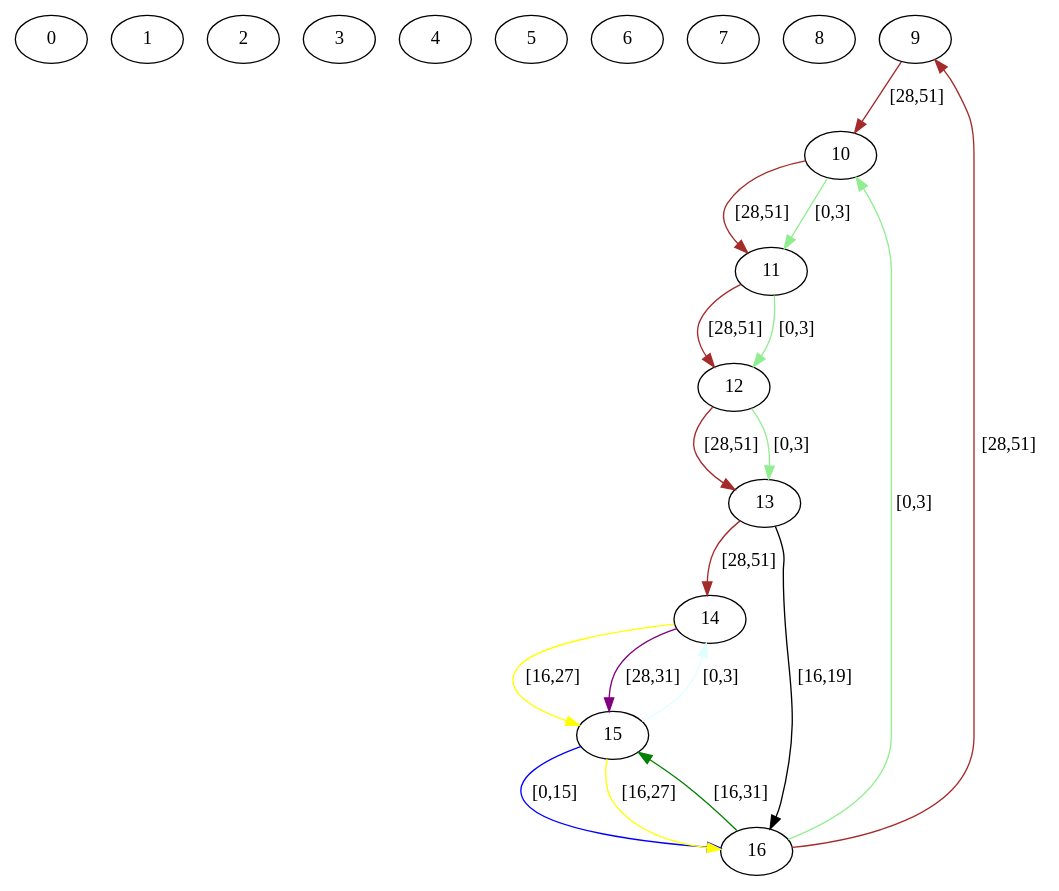
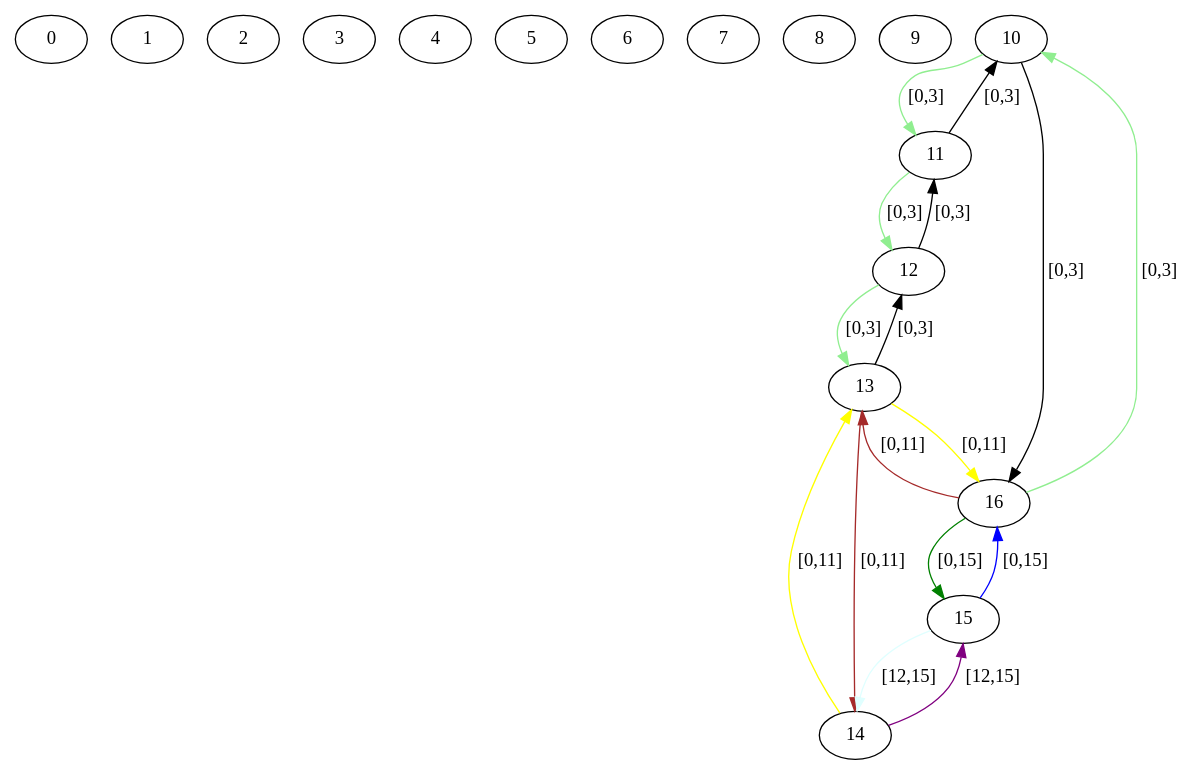
The diagram in src/assignedGraphs/assigned.dot (Hebbe1234/ExpectAll), drawn with Graphviz before and after one commit. The commit also changed 4 other files, not shown here.

```diff
--- a/src/assignedGraphs/assigned.dot
+++ b/src/assignedGraphs/assigned.dot
@@ -1,36 +1,35 @@
 digraph  {
 0 [label=0];
 1 [label=1];
 2 [label=2];
 3 [label=3];
 4 [label=4];
 5 [label=5];
 6 [label=6];
 7 [label=7];
 8 [label=8];
 9 [label=9];
 10 [label=10];
 11 [label=11];
 12 [label=12];
 13 [label=13];
 14 [label=14];
 15 [label=15];
 16 [label=16];
-9 -> 10  [color=brown, key=0, label="[28,51]"];
-10 -> 11  [color=brown, key=0, label="[28,51]"];
-10 -> 11  [color=lightgreen, key=1, label="[0,3]"];
-11 -> 12  [color=brown, key=0, label="[28,51]"];
-11 -> 12  [color=lightgreen, key=1, label="[0,3]"];
-12 -> 13  [color=brown, key=0, label="[28,51]"];
-12 -> 13  [color=lightgreen, key=1, label="[0,3]"];
-13 -> 14  [color=brown, key=0, label="[28,51]"];
-13 -> 16  [color=black, key=0, label="[16,19]"];
-14 -> 15  [color=yellow, key=0, label="[16,27]"];
-14 -> 15  [color=purple, key=1, label="[28,31]"];
+10 -> 16  [color=black, key=0, label="[0,3]"];
+10 -> 11  [color=lightgreen, key=0, label="[0,3]"];
+11 -> 10  [color=black, key=0, label="[0,3]"];
+11 -> 12  [color=lightgreen, key=0, label="[0,3]"];
+12 -> 11  [color=black, key=0, label="[0,3]"];
+12 -> 13  [color=lightgreen, key=0, label="[0,3]"];
+13 -> 16  [color=yellow, key=0, label="[0,11]"];
+13 -> 14  [color=brown, key=0, label="[0,11]"];
+13 -> 12  [color=black, key=0, label="[0,3]"];
+14 -> 13  [color=yellow, key=0, label="[0,11]"];
+14 -> 15  [color=purple, key=0, label="[12,15]"];
 15 -> 16  [color=blue, key=0, label="[0,15]"];
-15 -> 16  [color=yellow, key=1, label="[16,27]"];
-15 -> 14  [color=lightcyan, key=0, label="[0,3]"];
-16 -> 15  [color=green, key=0, label="[16,31]"];
-16 -> 9  [color=brown, key=0, label="[28,51]"];
+15 -> 14  [color=lightcyan, key=0, label="[12,15]"];
+16 -> 15  [color=green, key=0, label="[0,15]"];
+16 -> 13  [color=brown, key=0, label="[0,11]"];
 16 -> 10  [color=lightgreen, key=0, label="[0,3]"];
 }
```
